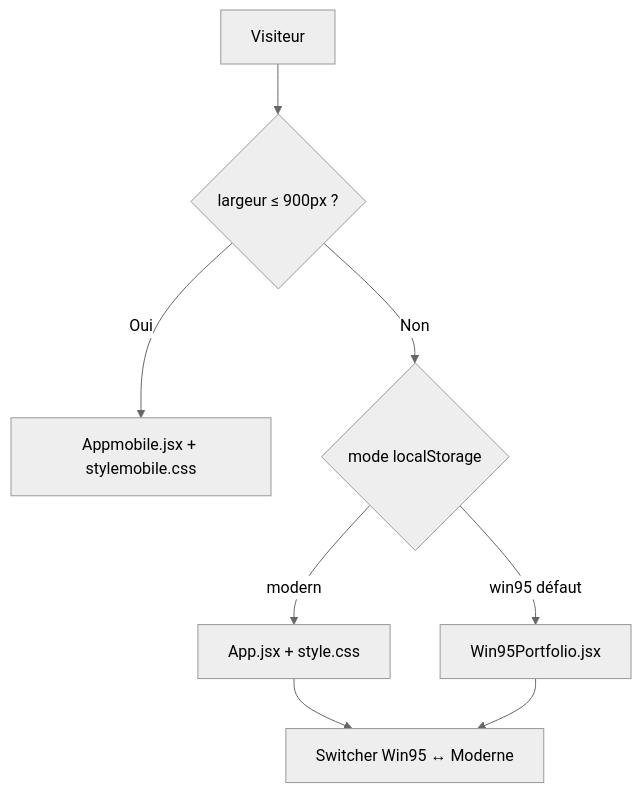
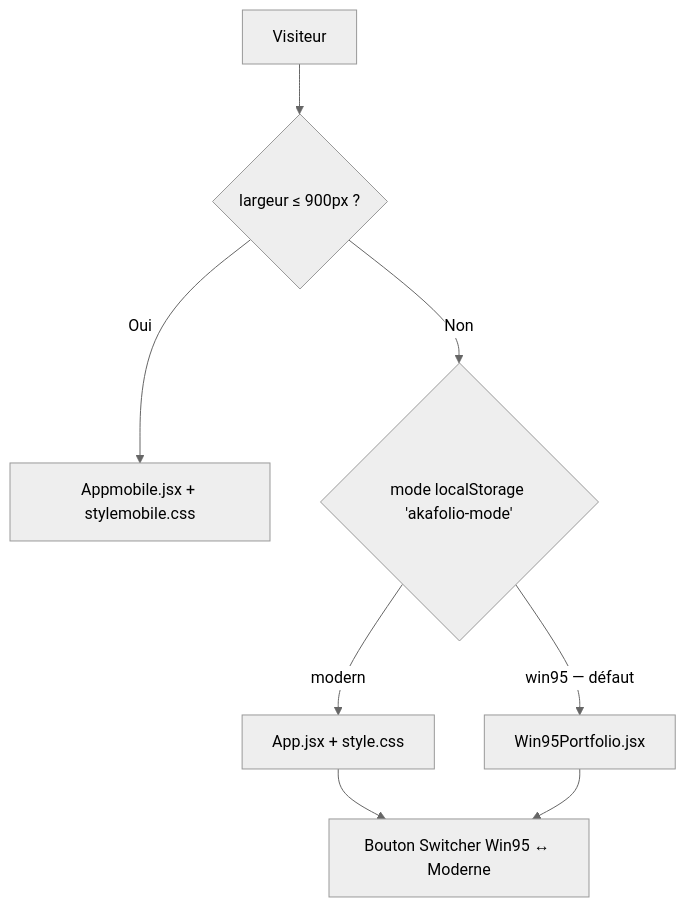
The diagram in README.md (wthomasss06-stack/portfolio-REACT), drawn with Mermaid (neutral theme) before and after one commit. The commit also changed other lines of this file and 1 other file, not shown here.

````diff
--- a/README.md
+++ b/README.md
@@ -79,10 +80,10 @@
 ```mermaid
 flowchart TD
     A[Visiteur] --> B{largeur ≤ 900px ?}
     B -->|Oui| C[Appmobile.jsx + stylemobile.css]
-    B -->|Non| D{mode localStorage}
-    D -->|win95 défaut| E[Win95Portfolio.jsx]
+    B -->|Non| D{mode localStorage 'akafolio-mode'}
+    D -->|win95 — défaut| E[Win95Portfolio.jsx]
     D -->|modern| F[App.jsx + style.css]
-    F --> G[Switcher Win95 ↔ Moderne]
+    F --> G[Bouton Switcher Win95 ↔ Moderne]
     E --> G
 ```
````
